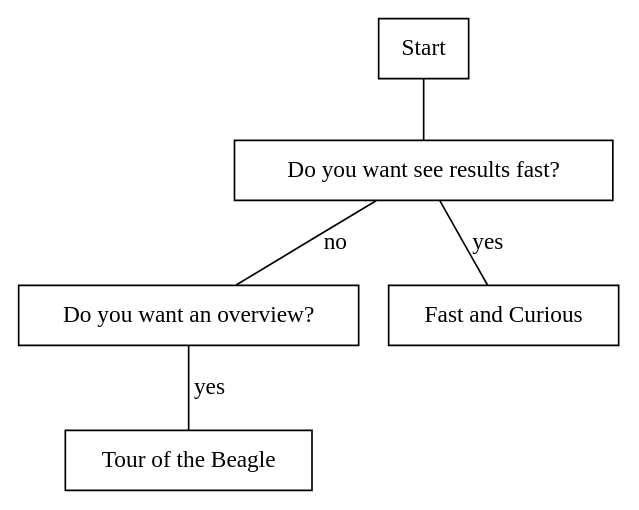
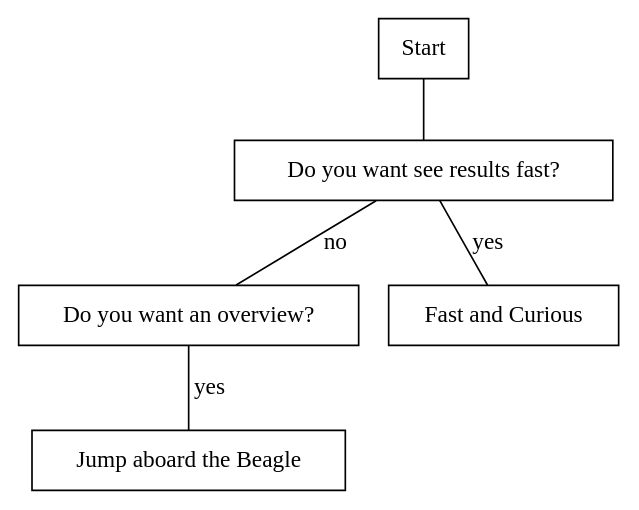
Before and after one commit to darwins-challenge/fly-me-to-the-moon: the diagram in graphviz/flowchart.dot, drawn with Graphviz. The commit also changed 1 other file, not shown here.

```diff
--- a/graphviz/flowchart.dot
+++ b/graphviz/flowchart.dot
@@ -1,15 +1,15 @@
 strict graph {
        node [ shape = rectangle ]
 
        start [ label = "Start" ]
        gofast [ label = "Do you want see results fast?" ]
        overview [ label = "Do you want an overview?" ] 
 
-       beagle [ label = "Tour of the Beagle" ]
+       beagle [ label = "Jump aboard the Beagle" ]
        fast [ label = "Fast and Curious" ]
 
        start -- gofast
        gofast -- fast [ label = "yes" ]
        gofast -- overview [ label = "no" ]
        overview -- beagle [ label = "yes" ]
 }
```
